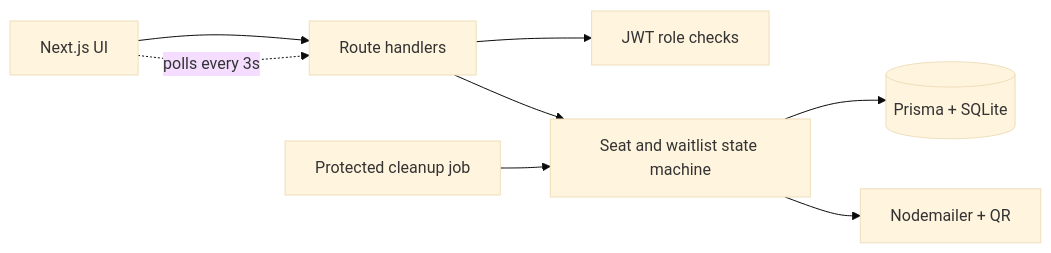
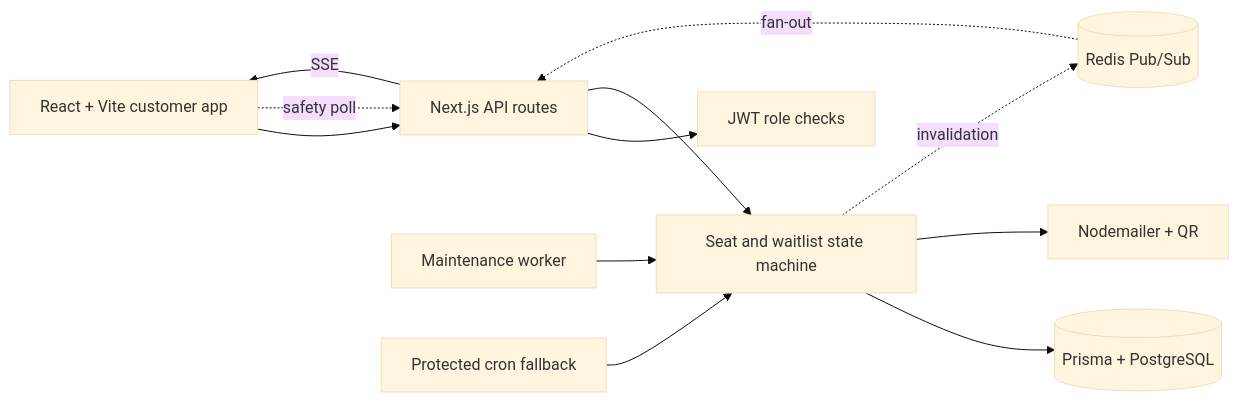
One commit to Mayank2142/ticket-booking changed the second of 2 diagrams in README.md. Above: the diagram before and after it, drawn with Mermaid (base theme). The commit also changed other lines of this file and 100 other files, not shown here.

````diff
--- a/README.md
+++ b/README.md
@@ -107,10 +123,14 @@
 ```mermaid
 flowchart LR
-    UI[Next.js UI] --> API[Route handlers]
+    REACT[React + Vite customer app] --> API[Next.js API routes]
+    API -- SSE --> REACT
     API --> AUTH[JWT role checks]
     API --> CORE[Seat and waitlist state machine]
-    CORE --> DB[(Prisma + SQLite)]
+    CORE --> DB[(Prisma + PostgreSQL)]
     CORE --> MAIL[Nodemailer + QR]
-    CRON[Protected cleanup job] --> CORE
-    UI -. polls every 3s .-> API
+    CORE -. invalidation .-> REDIS[(Redis Pub/Sub)]
+    REDIS -. fan-out .-> API
+    WORKER[Maintenance worker] --> CORE
+    CRON[Protected cron fallback] --> CORE
+    REACT -. safety poll .-> API
 ```
````
